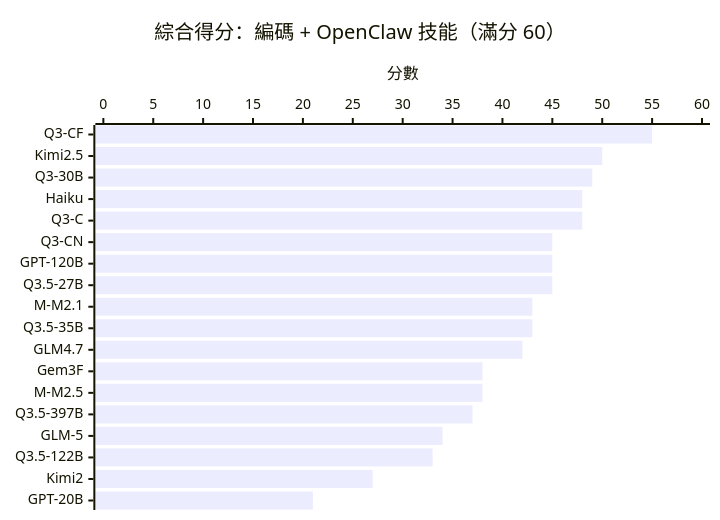
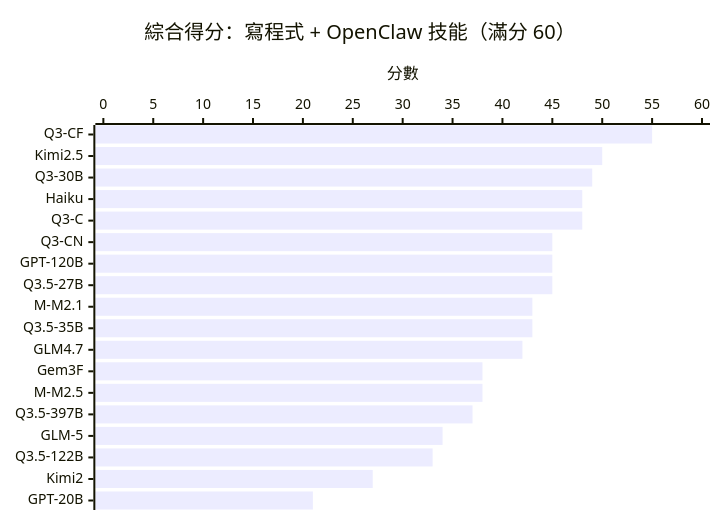
Before and after one commit to ywchiu/local_agentic_llm: the first of 3 diagrams in README_zh.md, drawn with Mermaid. The commit also changed other lines of this file, not shown here.

Commit message:
docs: 將「編碼」改為「寫程式」

````diff
--- a/README_zh.md
+++ b/README_zh.md
@@ -18,7 +18,7 @@
 ```mermaid
 xychart-beta horizontal
-    title "綜合得分：編碼 + OpenClaw 技能（滿分 60）"
+    title "綜合得分：寫程式 + OpenClaw 技能（滿分 60）"
     x-axis ["Q3-CF", "Kimi2.5", "Q3-30B", "Haiku", "Q3-C", "Q3-CN", "GPT-120B", "Q3.5-27B", "M-M2.1", "Q3.5-35B", "GLM4.7", "Gem3F", "M-M2.5", "Q3.5-397B", "GLM-5", "Q3.5-122B", "Kimi2", "GPT-20B"]
     y-axis "分數" 0 --> 60
     bar [55, 50, 49, 48, 48, 45, 45, 45, 43, 43, 42, 38, 38, 37, 34, 33, 27, 21]
 ```
````
